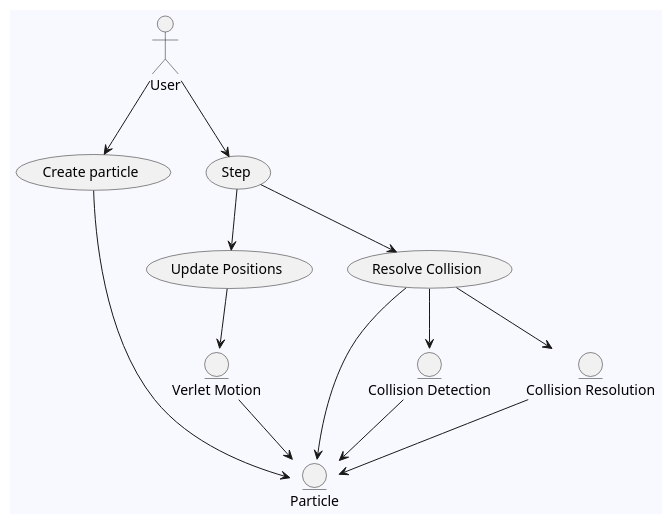
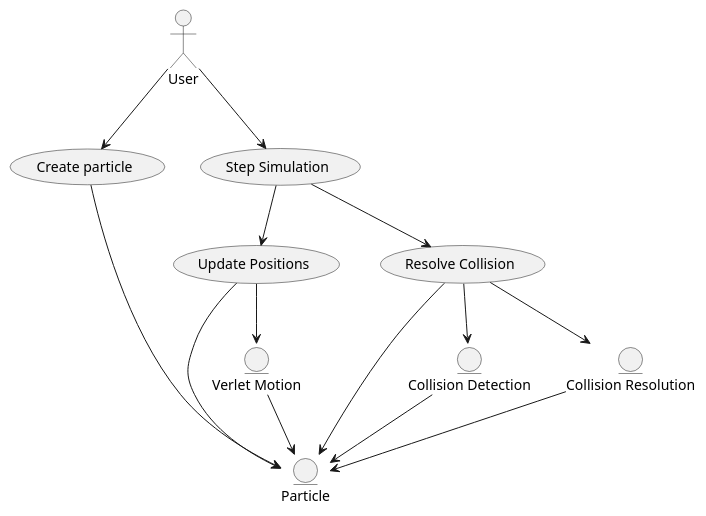
Before and after one commit to hayesHowYaDoin/physics_engine: the diagram in docs/usecases.plantuml, drawn with PlantUML. The commit also changed 3 other files, not shown here.

Commit message:
Created diagrams for motion and collision resolution

```diff
--- a/docs/usecases.plantuml
+++ b/docs/usecases.plantuml
@@ -1,36 +1,34 @@
 @startuml UseCases
-
-' Set background color
-skinparam backgroundColor #F8F8FF
 
 actor User
 usecase "Create particle" as UC_CreateParticle
-usecase "Step" as UC_Step
+usecase "Step Simulation" as UC_Step
 usecase "Update Positions" as UC_Motion
 usecase "Resolve Collision" as UC_Collision
 entity "Particle" as E_Particle
 entity "Verlet Motion" as E_Verlet
 entity "Collision Detection" as E_Detection
 entity "Collision Resolution" as E_Resolution
 
 User --> UC_CreateParticle
 User --> UC_Step
 
 UC_CreateParticle --> E_Particle
 
 UC_Step --> UC_Motion
 UC_Step --> UC_Collision
 
 UC_Motion --> E_Verlet
+UC_Motion --> E_Particle
 
 UC_Collision --> E_Detection
 UC_Collision --> E_Resolution
 UC_Collision --> E_Particle
 
 E_Verlet --> E_Particle
 
 E_Detection --> E_Particle
 
 E_Resolution --> E_Particle
 
 @enduml
```
